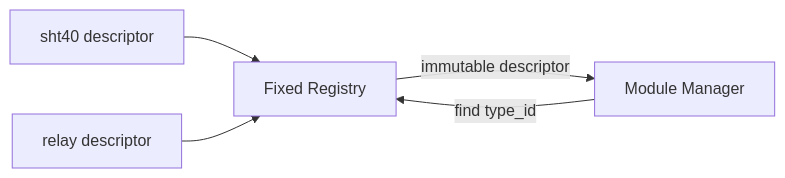
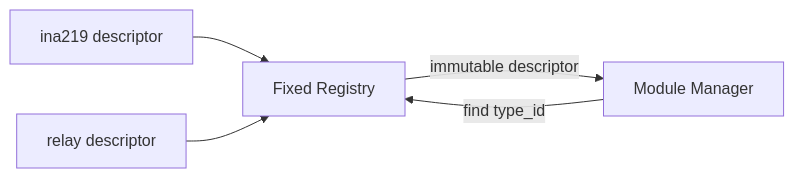
Before and after one commit to andreapiccini/SpaghettiLAB: the diagram in Firmware/core/subsys/driver_registry/README.md, drawn with Mermaid. The commit also changed other lines of this file and 62 other files, not shown here.

````diff
--- a/Firmware/core/subsys/driver_registry/README.md
+++ b/Firmware/core/subsys/driver_registry/README.md
@@ -109,7 +114,7 @@
 ```mermaid
 flowchart LR
-    SHT["sht40 descriptor"] --> TABLE["Fixed Registry"]
+    INA["ina219 descriptor"] --> TABLE["Fixed Registry"]
     RELAY["relay descriptor"] --> TABLE
     MANAGER["Module Manager"] -->|"find type_id"| TABLE
     TABLE -->|"immutable descriptor"| MANAGER
 ```
````
